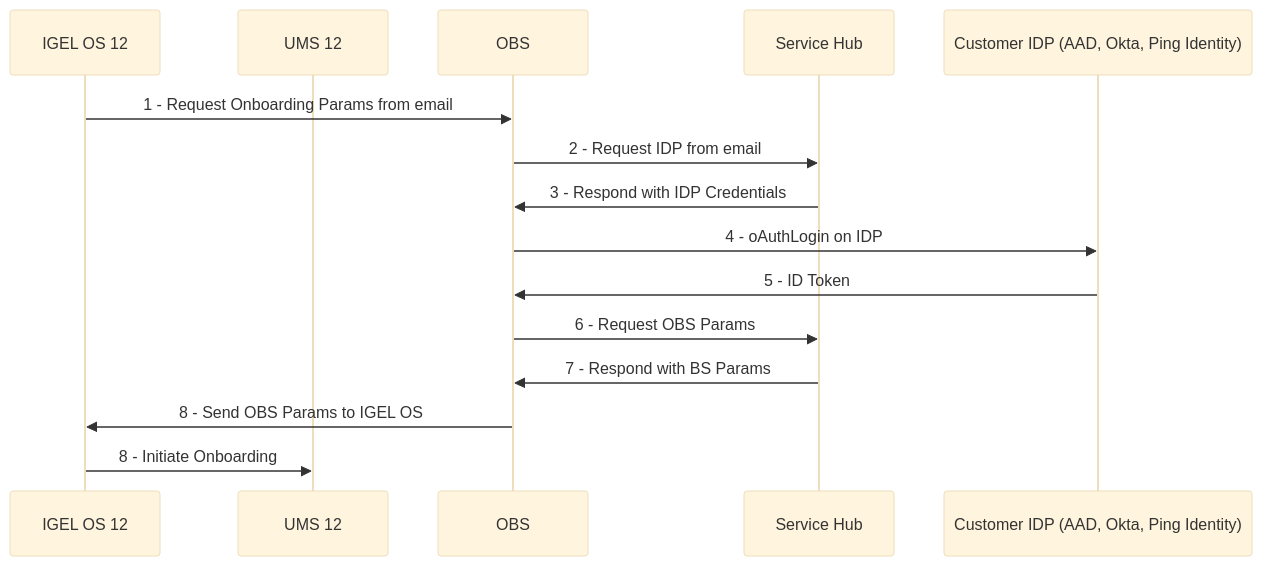
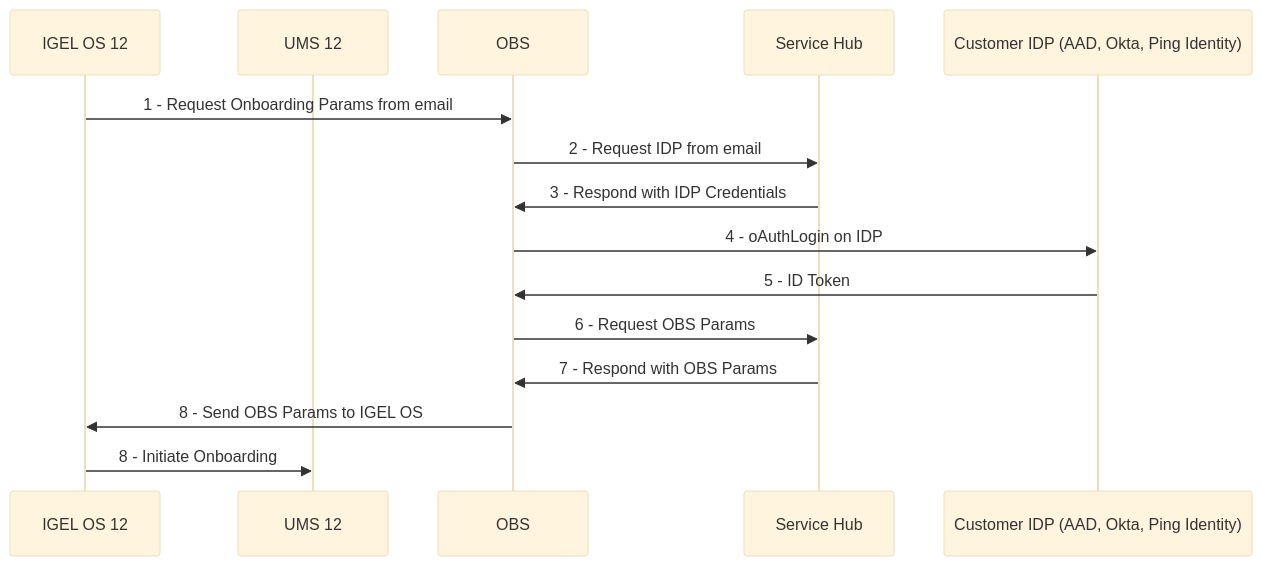
One commit to IGEL-Community/IGEL-Docs-v02 changed the diagram in docs/Docs/HOWTO-COSMOS.md. Above: the diagram before and after it, drawn with Mermaid (base theme).

Commit message:
COSMOS OBS

````diff
--- a/docs/Docs/HOWTO-COSMOS.md
+++ b/docs/Docs/HOWTO-COSMOS.md
@@ -189,17 +189,17 @@
 ```mermaid
 sequenceDiagram
   participant A as IGEL OS 12
   participant B as UMS 12
   participant C as OBS
   participant D as Service Hub
   participant E as Customer IDP (AAD, Okta, Ping Identity)
   A->>C: 1 - Request Onboarding Params from email
   C->>D: 2 - Request IDP from email
   D->>C: 3 - Respond with IDP Credentials
   C->>E: 4 - oAuthLogin on IDP
   E->>C: 5 - ID Token
   C->>D: 6 - Request OBS Params
-  D->>C: 7 - Respond with BS Params
+  D->>C: 7 - Respond with OBS Params
   C->>A: 8 - Send OBS Params to IGEL OS
   A->>B: 8 - Initiate Onboarding
 ```
````
